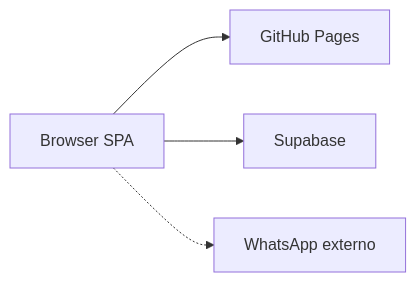
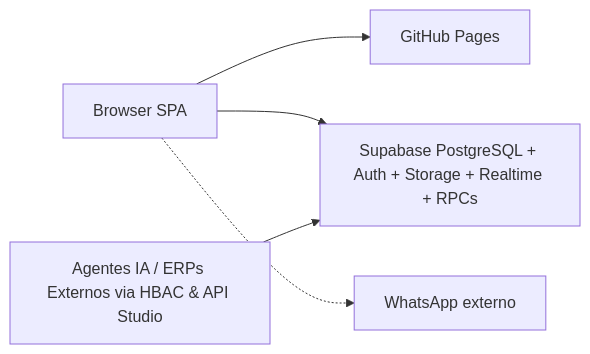
The diagram in docs/pt-BR/architecture.md (pycriador/olivelas-gestao-estoque), drawn with Mermaid before and after one commit. The commit also changed other lines of this file and 12 other files, not shown here.

````diff
--- a/docs/pt-BR/architecture.md
+++ b/docs/pt-BR/architecture.md
@@ -24,10 +24,12 @@
 ```mermaid
 flowchart LR
   Browser[Browser SPA]
   GH[GitHub Pages]
-  SB[Supabase]
+  SB[Supabase PostgreSQL + Auth + Storage + Realtime + RPCs]
   WA[WhatsApp externo]
+  AI[Agentes IA / ERPs Externos via HBAC & API Studio]
   Browser --> GH
   Browser --> SB
   Browser -.-> WA
+  AI --> SB
 ```
````
